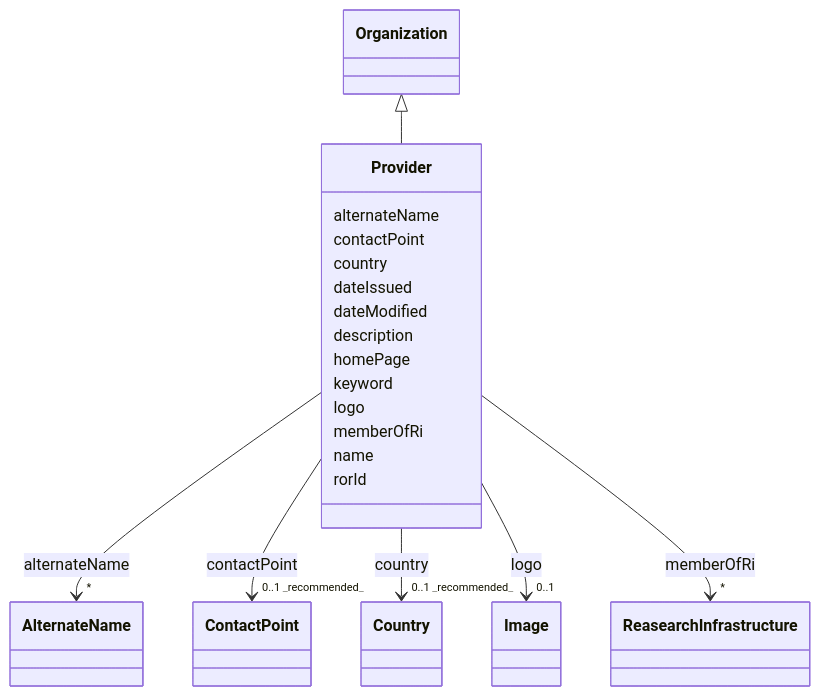
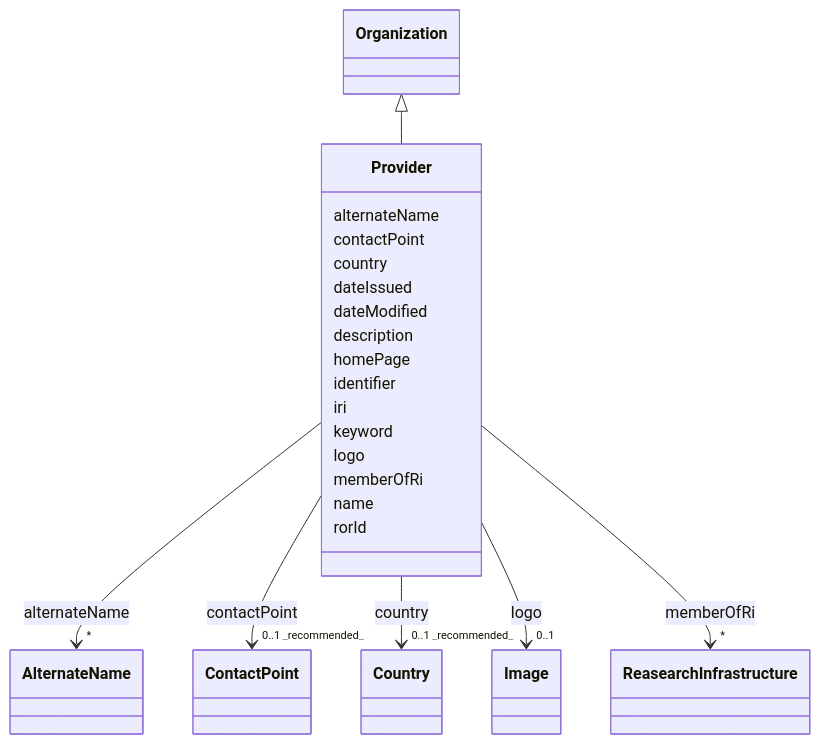
One commit to EVORA-project/evora-ontology changed the diagram in models/docs/Provider.md. Above: the diagram before and after it, drawn with Mermaid. The commit also changed other lines of this file and 391 other files, not shown here.

````diff
--- a/models/docs/Provider.md
+++ b/models/docs/Provider.md
@@ -19,68 +19,72 @@
 ```mermaid
  classDiagram
     class Provider
     click Provider href "../Provider"
       Organization <|-- Provider
         click Organization href "../Organization"
       
       Provider : alternateName
         
           
     
     
     Provider --> "*" AlternateName : alternateName
     click AlternateName href "../AlternateName"
 
         
       Provider : contactPoint
         
           
     
     
     Provider --> "0..1 _recommended_" ContactPoint : contactPoint
     click ContactPoint href "../ContactPoint"
 
         
       Provider : country
         
           
     
     
     Provider --> "0..1 _recommended_" Country : country
     click Country href "../Country"
 
         
       Provider : dateIssued
         
       Provider : dateModified
         
       Provider : description
         
       Provider : homePage
         
+      Provider : identifier
+        
+      Provider : iri
+        
       Provider : keyword
         
       Provider : logo
         
           
     
     
     Provider --> "0..1" Image : logo
     click Image href "../Image"
 
         
       Provider : memberOfRi
         
           
     
     
     Provider --> "*" ReasearchInfrastructure : memberOfRi
     click ReasearchInfrastructure href "../ReasearchInfrastructure"
 
         
       Provider : name
         
       Provider : rorId
         
       
 ```
````
